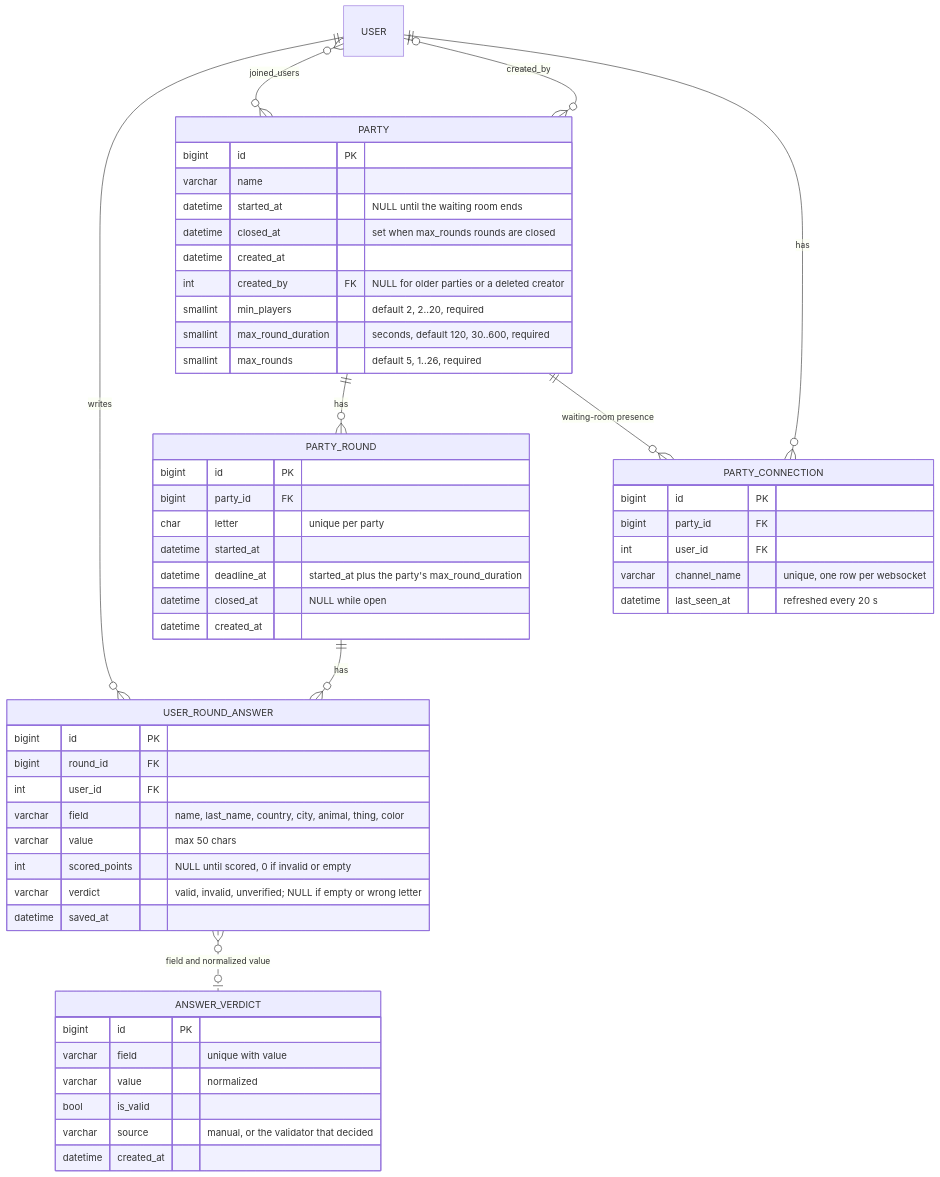
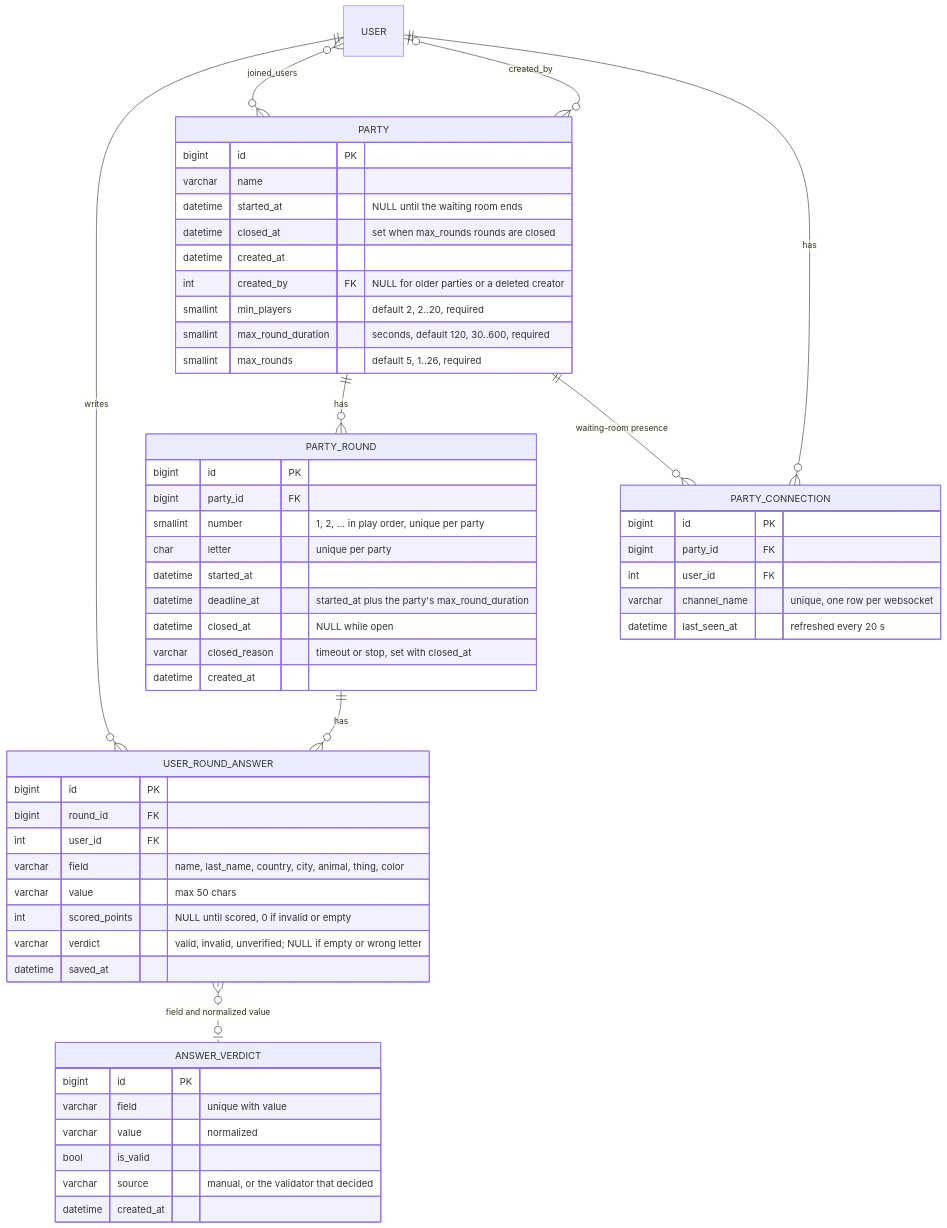
Before and after one commit to DanielGnzlzVll/AACX: the fifth of 5 diagrams in docs/architecture.md, drawn with Mermaid. The commit also changed other lines of this file and 10 other files, not shown here.

First line of the commit message:
AACX-1: persist each round's number and closed reason (#90)

````diff
--- a/docs/architecture.md
+++ b/docs/architecture.md
@@ -271,57 +271,59 @@
 ```mermaid
 erDiagram
     USER ||--o{ USER_ROUND_ANSWER : writes
     USER }o--o{ PARTY : "joined_users"
     USER |o--o{ PARTY : "created_by"
     PARTY ||--o{ PARTY_ROUND : has
     PARTY ||--o{ PARTY_CONNECTION : "waiting-room presence"
     USER ||--o{ PARTY_CONNECTION : has
     PARTY_ROUND ||--o{ USER_ROUND_ANSWER : has
     USER_ROUND_ANSWER }o..o| ANSWER_VERDICT : "field and normalized value"
 
     PARTY {
         bigint id PK
         varchar name
         datetime started_at "NULL until the waiting room ends"
         datetime closed_at "set when max_rounds rounds are closed"
         datetime created_at
         int created_by FK "NULL for older parties or a deleted creator"
         smallint min_players "default 2, 2..20, required"
         smallint max_round_duration "seconds, default 120, 30..600, required"
         smallint max_rounds "default 5, 1..26, required"
     }
     PARTY_CONNECTION {
         bigint id PK
         bigint party_id FK
         int user_id FK
         varchar channel_name "unique, one row per websocket"
         datetime last_seen_at "refreshed every 20 s"
     }
     PARTY_ROUND {
         bigint id PK
         bigint party_id FK
+        smallint number "1, 2, ... in play order, unique per party"
         char letter "unique per party"
         datetime started_at
         datetime deadline_at "started_at plus the party's max_round_duration"
         datetime closed_at "NULL while open"
+        varchar closed_reason "timeout or stop, set with closed_at"
         datetime created_at
     }
     USER_ROUND_ANSWER {
         bigint id PK
         bigint round_id FK
         int user_id FK
         varchar field "name, last_name, country, city, animal, thing, color"
         varchar value "max 50 chars"
         int scored_points "NULL until scored, 0 if invalid or empty"
         varchar verdict "valid, invalid, unverified; NULL if empty or wrong letter"
         datetime saved_at
     }
     ANSWER_VERDICT {
         bigint id PK
         varchar field "unique with value"
         varchar value "normalized"
         bool is_valid
         varchar source "manual, or the validator that decided"
         datetime created_at
     }
 ```
````
